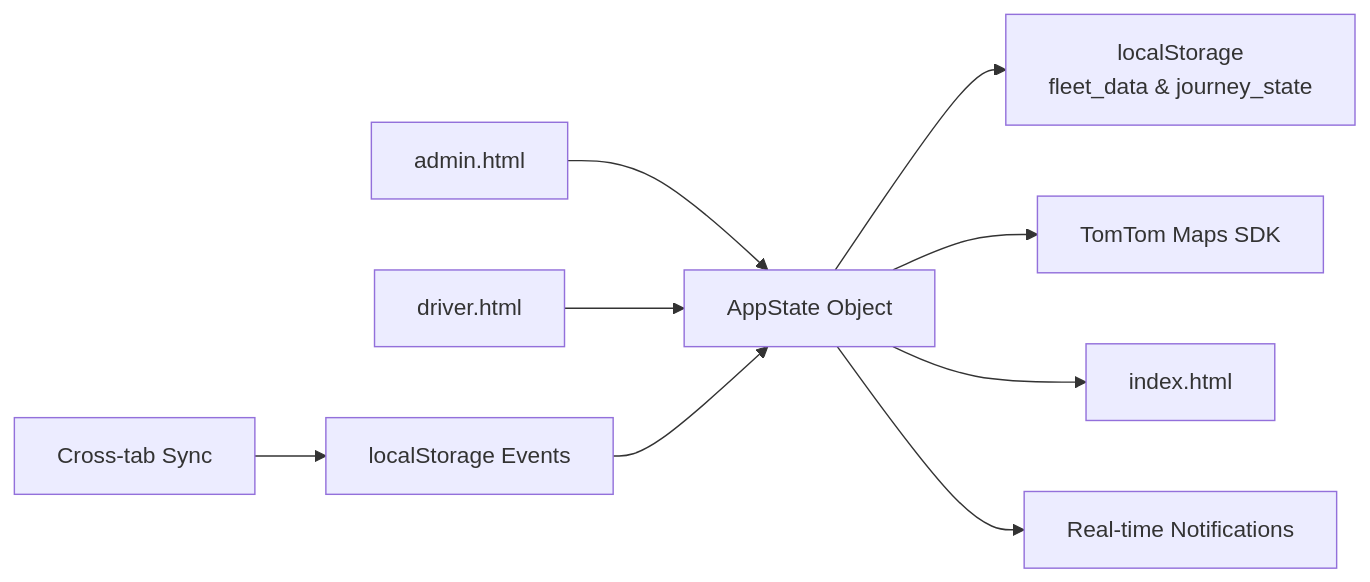
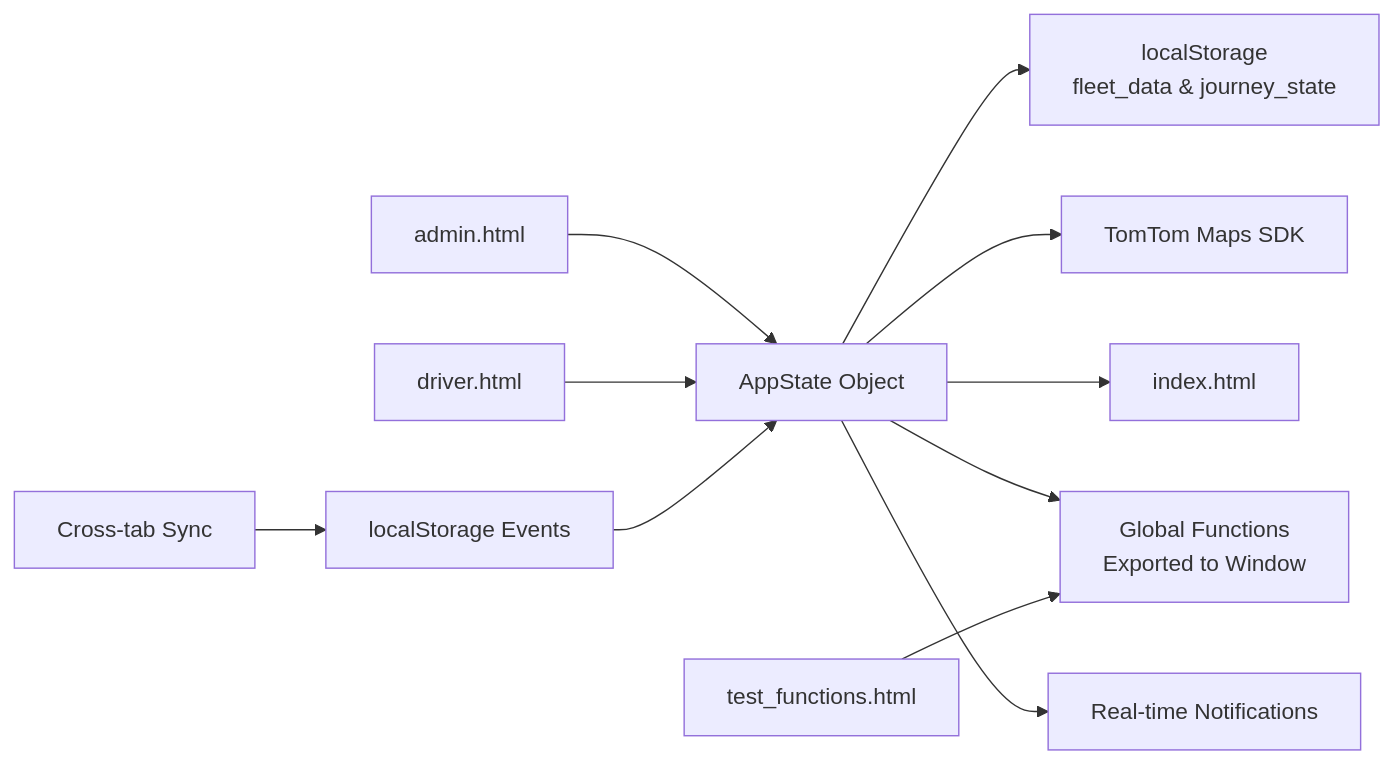
Before and after one commit to Rehanpatel3858/BusTrack-Pro: the sixth of 6 diagrams in .qoder/repowiki/en/content/Data Management and Persistence.md, drawn with Mermaid. The commit also changed other lines of this file and 6 other files, not shown here.

````diff
--- a/.qoder/repowiki/en/content/Data Management and Persistence.md
+++ b/.qoder/repowiki/en/content/Data Management and Persistence.md
@@ -225,11 +268,13 @@
 ```mermaid
 graph LR
 AppState["AppState Object"] --> LS["localStorage<br/>fleet_data & journey_state"]
 AppState --> MapSDK["TomTom Maps SDK"]
 AppState --> HTML["index.html"]
+AppState --> Functions["Global Functions<br/>Exported to Window"]
 AppState --> Notifications["Real-time Notifications"]
 Admin["admin.html"] --> AppState
 Driver["driver.html"] --> AppState
+Test["test_functions.html"] --> Functions
 CrossTab["Cross-tab Sync"] --> StorageEvents["localStorage Events"]
 StorageEvents --> AppState
 ```
````
